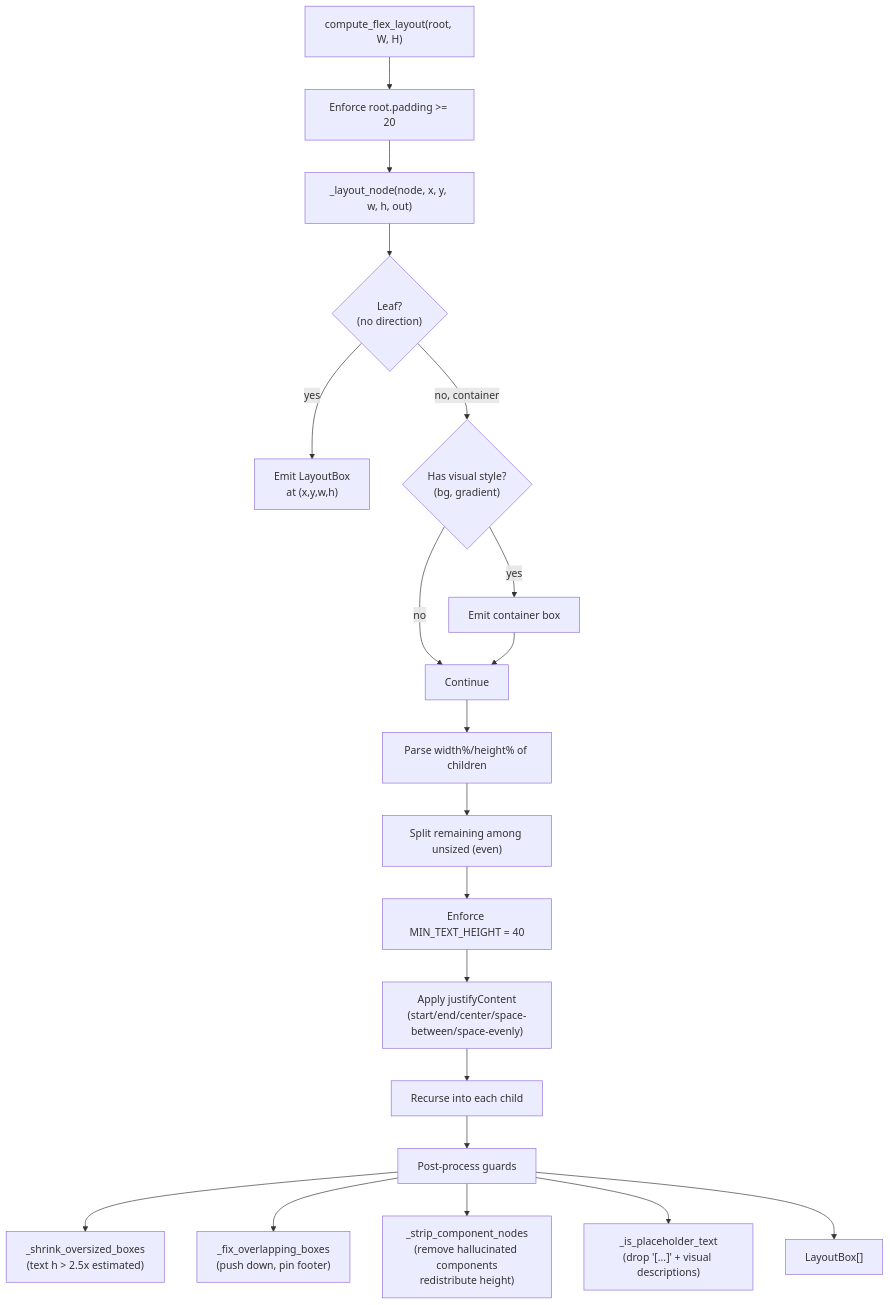
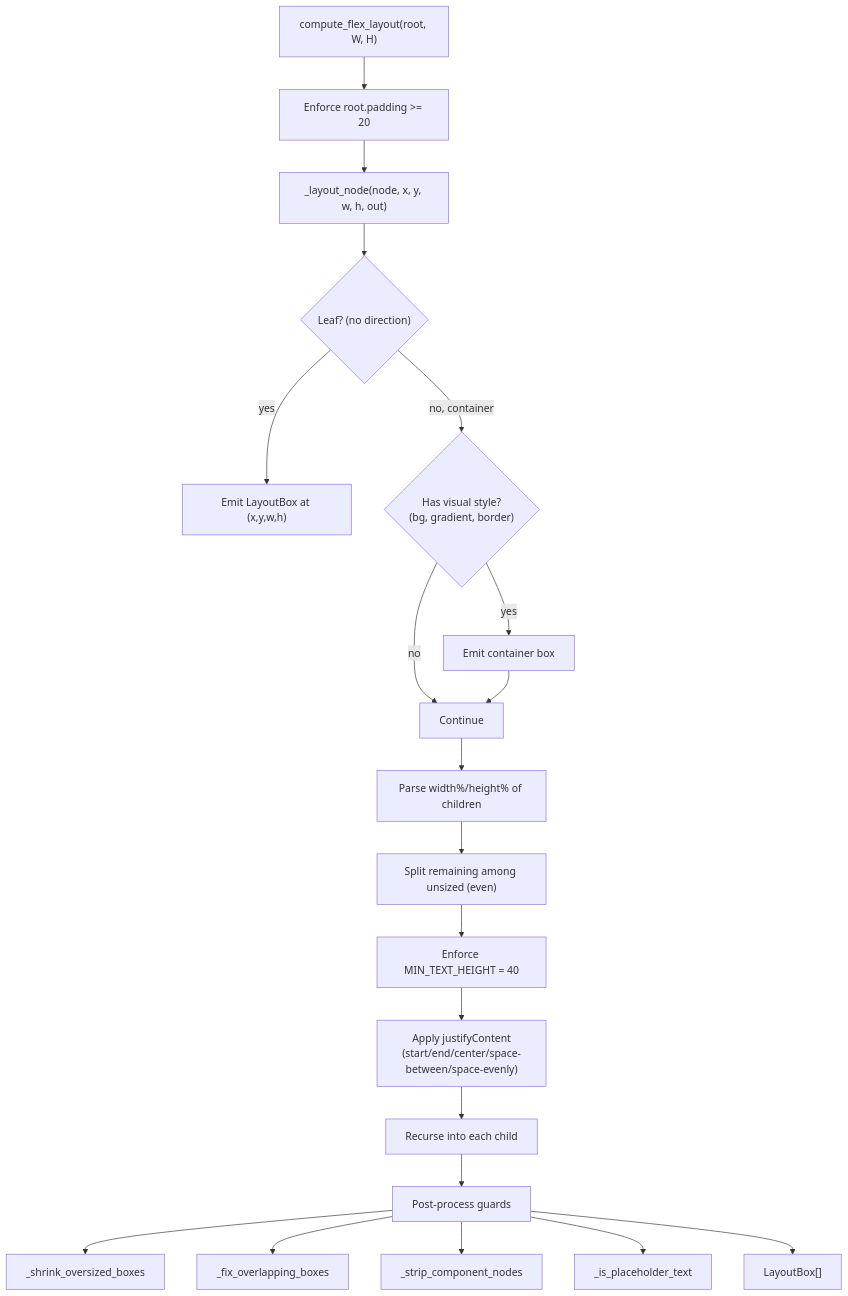
Before and after one commit to Chulinuwu/gen-image-layer-separator: the fourth of 7 diagrams in architecture.md, drawn with Mermaid. The commit also changed other lines of this file and 1 other file, not shown here.

Commit message:
docs: update architecture.md + CLAUDE.md to reflect StyleSpec pipeline (Step 0 + 0.5, CoT prompts, spec-driven BG)

````diff
--- a/architecture.md
+++ b/architecture.md
@@ -387,23 +469,23 @@
 ```mermaid
 graph TB
   A["compute_flex_layout(root, W, H)"] --> B["Enforce root.padding >= 20"]
   B --> C["_layout_node(node, x, y, w, h, out)"]
-  C --> D{"Leaf?<br/>(no direction)"}
-  D -- "yes" --> E["Emit LayoutBox<br/>at (x,y,w,h)"]
-  D -- "no, container" --> F{"Has visual style?<br/>(bg, gradient)"}
+  C --> D{"Leaf? (no direction)"}
+  D -- "yes" --> E["Emit LayoutBox at (x,y,w,h)"]
+  D -- "no, container" --> F{"Has visual style?<br/>(bg, gradient, border)"}
   F -- "yes" --> G["Emit container box"]
   F -- "no" --> H["Continue"]
   G --> H
   H --> I["Parse width%/height% of children"]
   I --> J["Split remaining among unsized (even)"]
   J --> K["Enforce MIN_TEXT_HEIGHT = 40"]
   K --> L["Apply justifyContent<br/>(start/end/center/space-between/space-evenly)"]
   L --> M["Recurse into each child"]
 
   M --> PP["Post-process guards"]
-  PP --> PP1["_shrink_oversized_boxes<br/>(text h &gt; 2.5x estimated)"]
-  PP --> PP2["_fix_overlapping_boxes<br/>(push down, pin footer)"]
-  PP --> PP3["_strip_component_nodes<br/>(remove hallucinated components<br/>redistribute height)"]
-  PP --> PP4["_is_placeholder_text<br/>(drop '[...]' + visual descriptions)"]
+  PP --> PP1["_shrink_oversized_boxes"]
+  PP --> PP2["_fix_overlapping_boxes"]
+  PP --> PP3["_strip_component_nodes"]
+  PP --> PP4["_is_placeholder_text"]
   PP --> Out["LayoutBox[]"]
 ```
````
